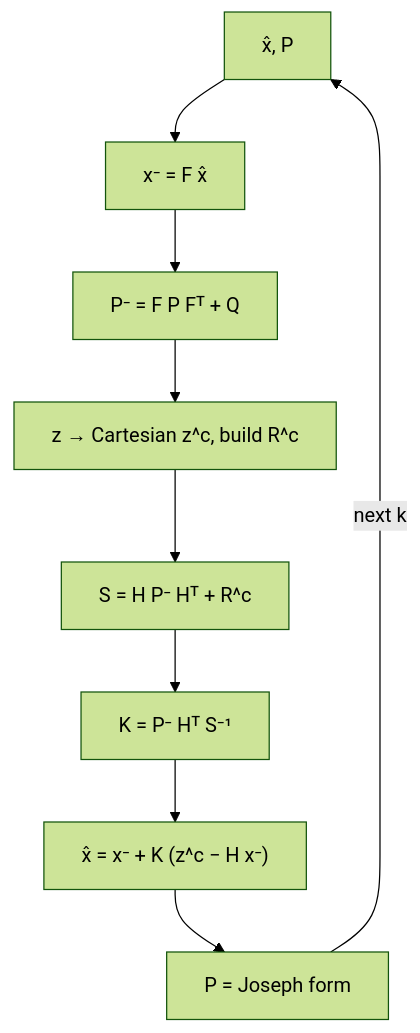
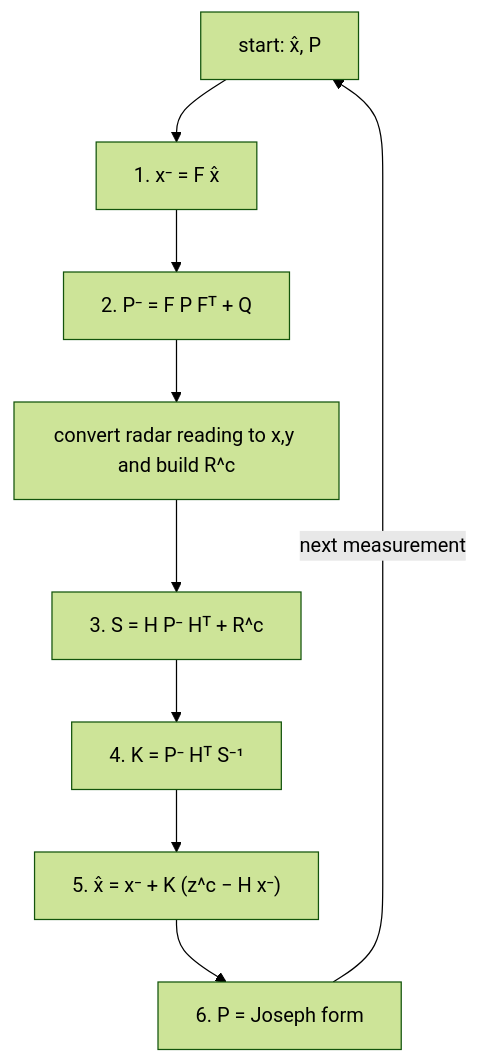
The second of 7 diagrams in golang/README.md (ursa-mikail/kalman_and_particle_filter_demo), drawn with Mermaid (forest theme) before and after one commit. The commit also changed other lines of this file, not shown here.

````diff
--- a/golang/README.md
+++ b/golang/README.md
@@ -58,11 +159,11 @@
 ```mermaid
 flowchart TD
-  S0["x̂, P"] --> P1["x⁻ = F x̂"]
-  P1 --> P2["P⁻ = F P Fᵀ + Q"]
-  P2 --> U0["z → Cartesian z^c, build R^c"]
-  U0 --> U1["S = H P⁻ Hᵀ + R^c"]
-  U1 --> U2["K = P⁻ Hᵀ S⁻¹"]
-  U2 --> U3["x̂ = x⁻ + K (z^c − H x⁻)"]
-  U3 --> U4["P = Joseph form"]
-  U4 -->|next k| S0
+  S0["start: x̂, P"] --> P1["1. x⁻ = F x̂"]
+  P1 --> P2["2. P⁻ = F P Fᵀ + Q"]
+  P2 --> U0["convert radar reading to x,y and build R^c"]
+  U0 --> U1["3. S = H P⁻ Hᵀ + R^c"]
+  U1 --> U2["4. K = P⁻ Hᵀ S⁻¹"]
+  U2 --> U3["5. x̂ = x⁻ + K (z^c − H x⁻)"]
+  U3 --> U4["6. P = Joseph form"]
+  U4 -->|"next measurement"| S0
 ```
````
